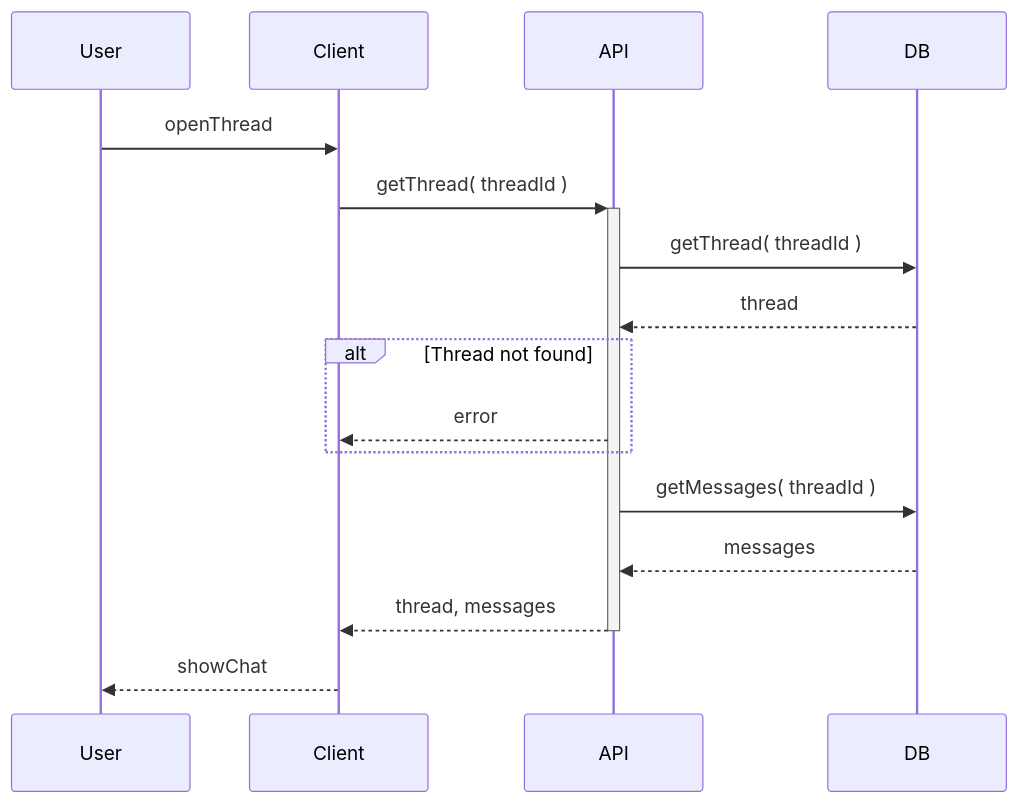
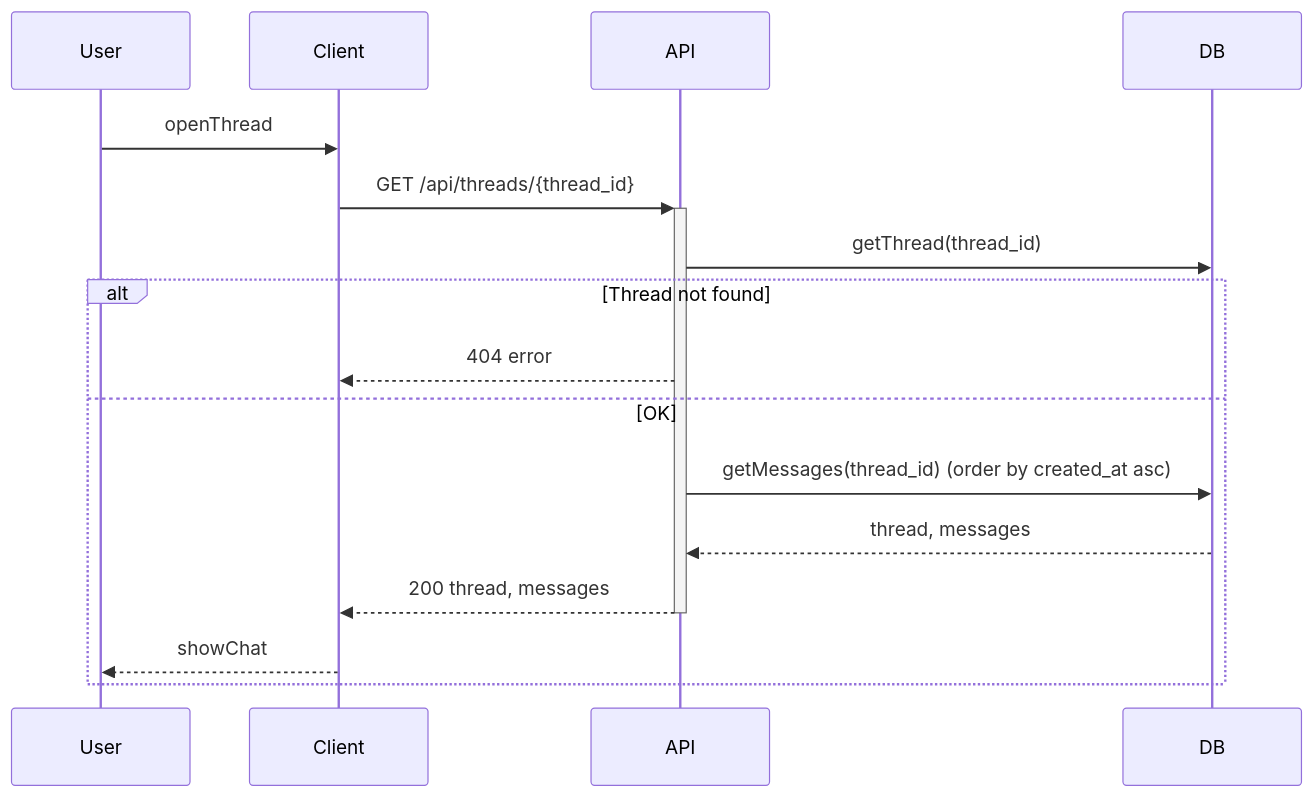
Before and after one commit to sandyleedev/student-mental-support-app: the diagram in docs/sequence-get-thread.md, drawn with Mermaid. The commit also changed other lines of this file, not shown here.

Commit message:
[BUS-31] docs: update get thread sequence diagram

````diff
--- a/docs/sequence-get-thread.md
+++ b/docs/sequence-get-thread.md
@@ -5,19 +5,21 @@
 ```mermaid
 sequenceDiagram
     participant User
     participant Client
     participant API
     participant DB
 
     User->>Client: openThread
-    Client->>+API: getThread( threadId )
-    API->>DB: getThread( threadId )
-    DB-->>API: thread
+    Client->>+API: GET /api/threads/{thread_id}
+
+    API->>DB: getThread(thread_id)
+
     alt Thread not found
-        API-->>Client: error
+        API-->>Client: 404 error
+    else OK
+        API->>DB: getMessages(thread_id) (order by created_at asc)
+        DB-->>API: thread, messages
+        API-->>-Client: 200 thread, messages
+        Client-->>User: showChat
     end
-    API->>DB: getMessages( threadId )
-    DB-->>API: messages
-    API-->>-Client: thread, messages
-    Client-->>User: showChat
 ```
````
